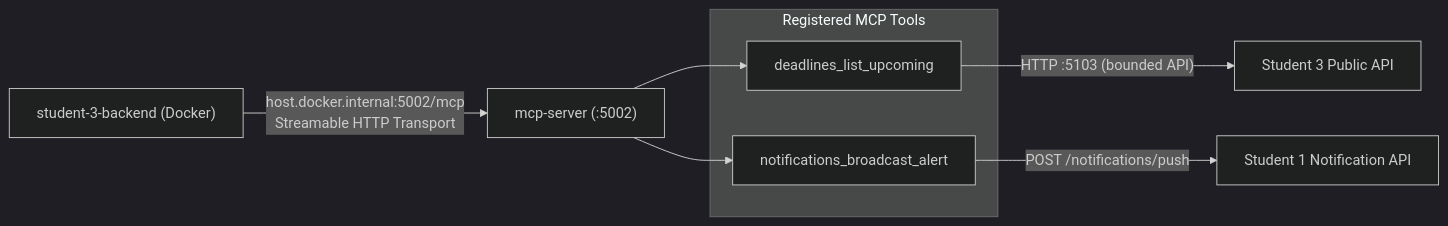
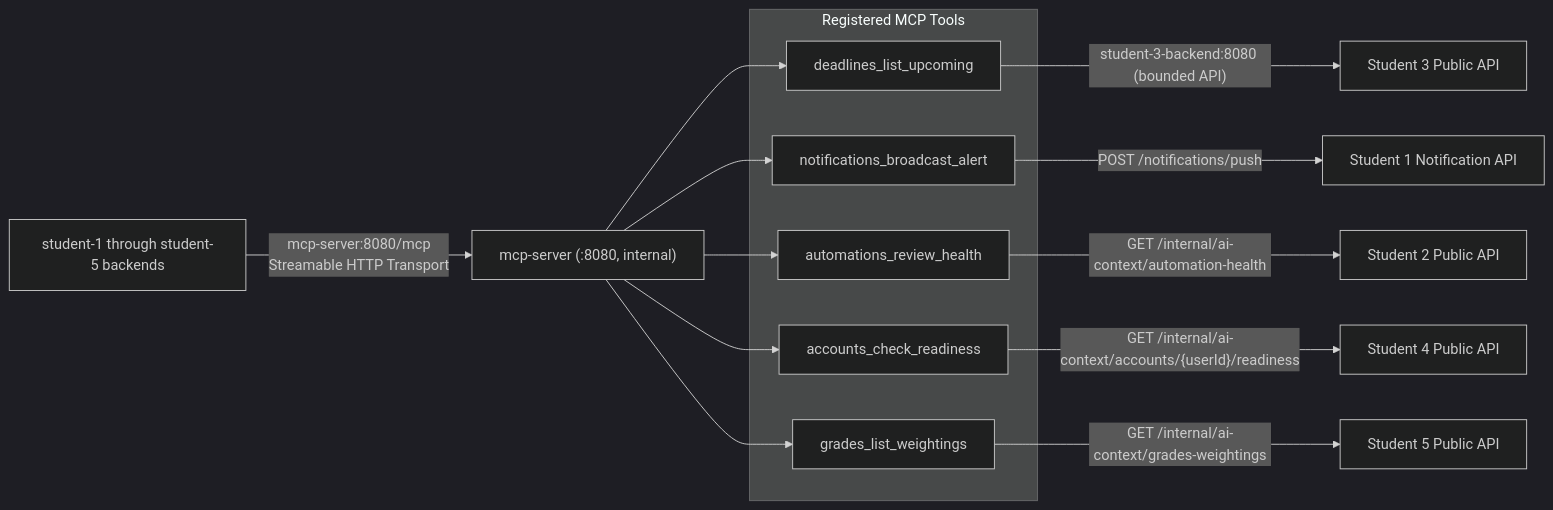
One commit to AmAComputerNerd/41026--software-development-project changed the diagram in ai-services/mcp-server/README.md. Above: the diagram before and after it, drawn with Mermaid (dark theme). The commit also changed other lines of this file and 31 other files, not shown here.

````diff
--- a/ai-services/mcp-server/README.md
+++ b/ai-services/mcp-server/README.md
@@ -7,13 +7,19 @@
 ```mermaid
 flowchart LR
-    Caller["student-3-backend (Docker)"] -- "host.docker.internal:5002/mcp<br>Streamable HTTP Transport" --> MCPServer["mcp-server (:5002)"]
+    Caller["student-1 through student-5 backends"] -- "mcp-server:8080/mcp<br>Streamable HTTP Transport" --> MCPServer["mcp-server (:8080, internal)"]
 
     subgraph Tools["Registered MCP Tools"]
         T1["deadlines_list_upcoming"]
         T2["notifications_broadcast_alert"]
+        T3["automations_review_health"]
+        T4["accounts_check_readiness"]
+        T5["grades_list_weightings"]
     end
 
-    MCPServer --> T1 & T2
-    T1 -- "HTTP :5103 (bounded API)" --> S3API["Student 3 Public API"]
+    MCPServer --> T1 & T2 & T3 & T4 & T5
+    T1 -- "student-3-backend:8080 (bounded API)" --> S3API["Student 3 Public API"]
     T2 -- "POST /notifications/push" --> S1API["Student 1 Notification API"]
+    T3 -- "GET /internal/ai-context/automation-health" --> S2API["Student 2 Public API"]
+    T4 -- "GET /internal/ai-context/accounts/{userId}/readiness" --> S4API["Student 4 Public API"]
+    T5 -- "GET /internal/ai-context/grades-weightings" --> S5API["Student 5 Public API"]
 ```
````
